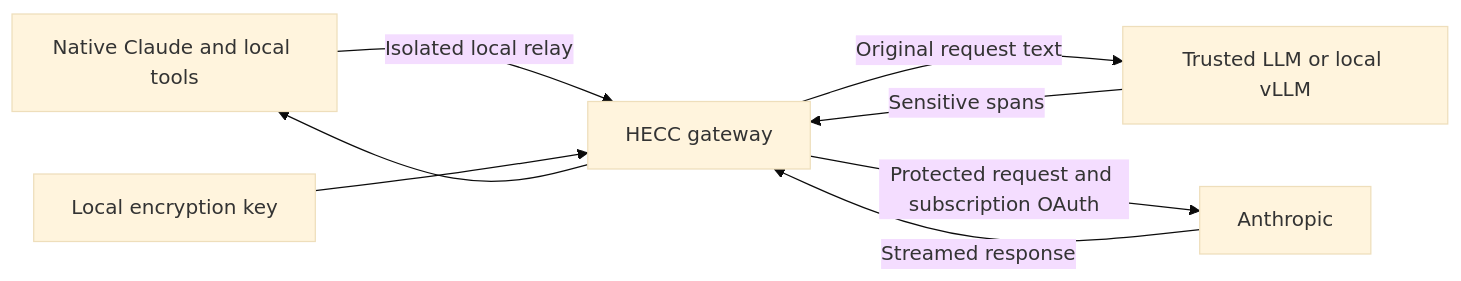
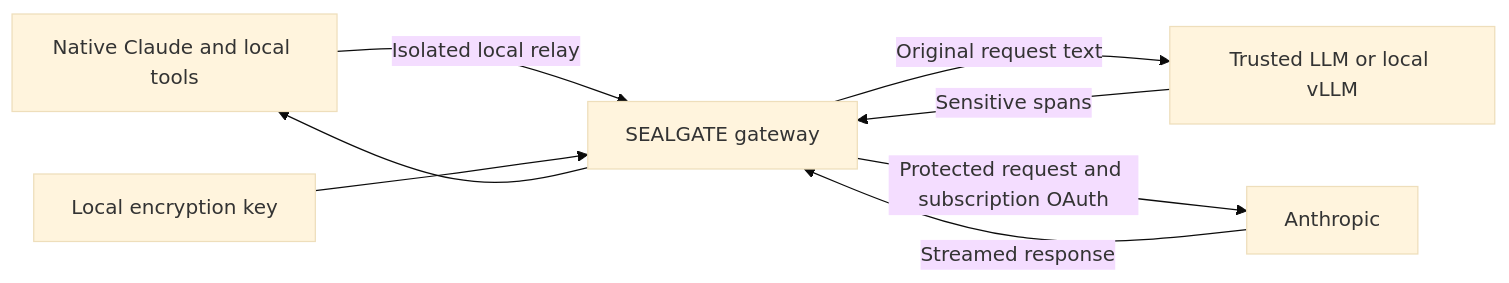
One commit to madeye/sealgate changed the diagram in README.md. Above: the diagram before and after it, drawn with Mermaid (base theme). The commit also changed other lines of this file and 32 other files, not shown here.

````diff
--- a/README.md
+++ b/README.md
@@ -18,10 +18,10 @@
 ```mermaid
 flowchart LR
-    U[Native Claude and local tools] -->|Isolated local relay| G[HECC gateway]
+    U[Native Claude and local tools] -->|Isolated local relay| G[SEALGATE gateway]
     G -->|Original request text| P[Trusted LLM or local vLLM]
     P -->|Sensitive spans| G
     K[Local encryption key] --> G
     G -->|Protected request and subscription OAuth| A[Anthropic]
     A -->|Streamed response| G
     G --> U
 ```
````
